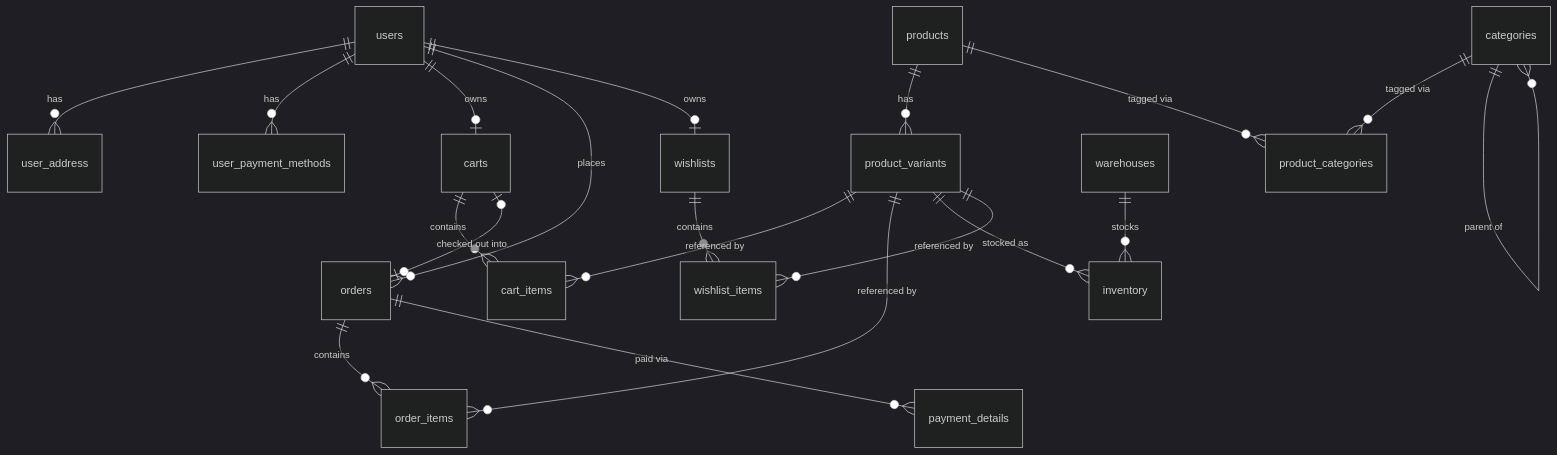
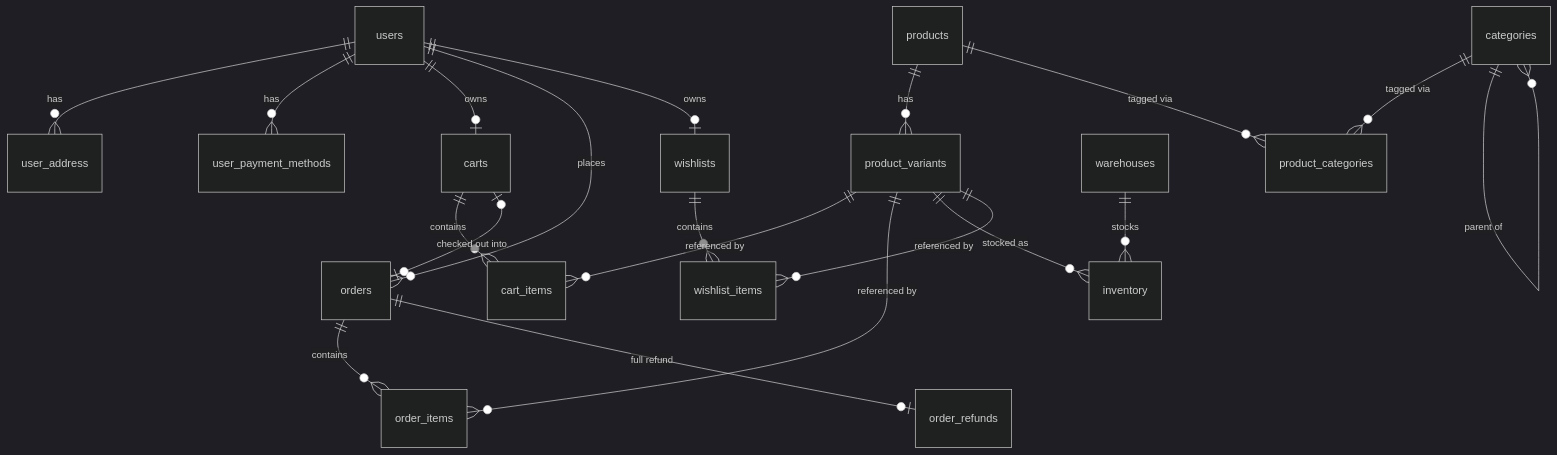
The diagram in docs/database/FLYWAY_DB.md (VladimirNilov28/dot-com-retail), drawn with Mermaid (dark theme) before and after one commit. The commit also changed other lines of this file and 7 other files, not shown here.

First line of the commit message:
docs(api): publish cancellation refund contract and verified Hive schema

````diff
--- a/docs/database/FLYWAY_DB.md
+++ b/docs/database/FLYWAY_DB.md
@@ -36,27 +38,27 @@
 ```mermaid
 erDiagram
     users ||--o{ user_address : has
     users ||--o{ user_payment_methods : has
     users ||--o| carts : owns
     users ||--o{ orders : places
     users ||--o| wishlists : owns
 
     products ||--o{ product_variants : has
     products ||--o{ product_categories : "tagged via"
     categories ||--o{ product_categories : "tagged via"
     categories ||--o{ categories : "parent of"
 
     carts ||--o{ cart_items : contains
     product_variants ||--o{ cart_items : "referenced by"
 
     orders ||--o{ order_items : contains
-    orders ||--o{ payment_details : "paid via"
+    orders ||--o| order_refunds : "full refund"
     product_variants ||--o{ order_items : "referenced by"
     carts |o--o| orders : "checked out into"
 
     warehouses ||--o{ inventory : stocks
     product_variants ||--o{ inventory : "stocked as"
 
     wishlists ||--o{ wishlist_items : contains
     product_variants ||--o{ wishlist_items : "referenced by"
 ```
````
